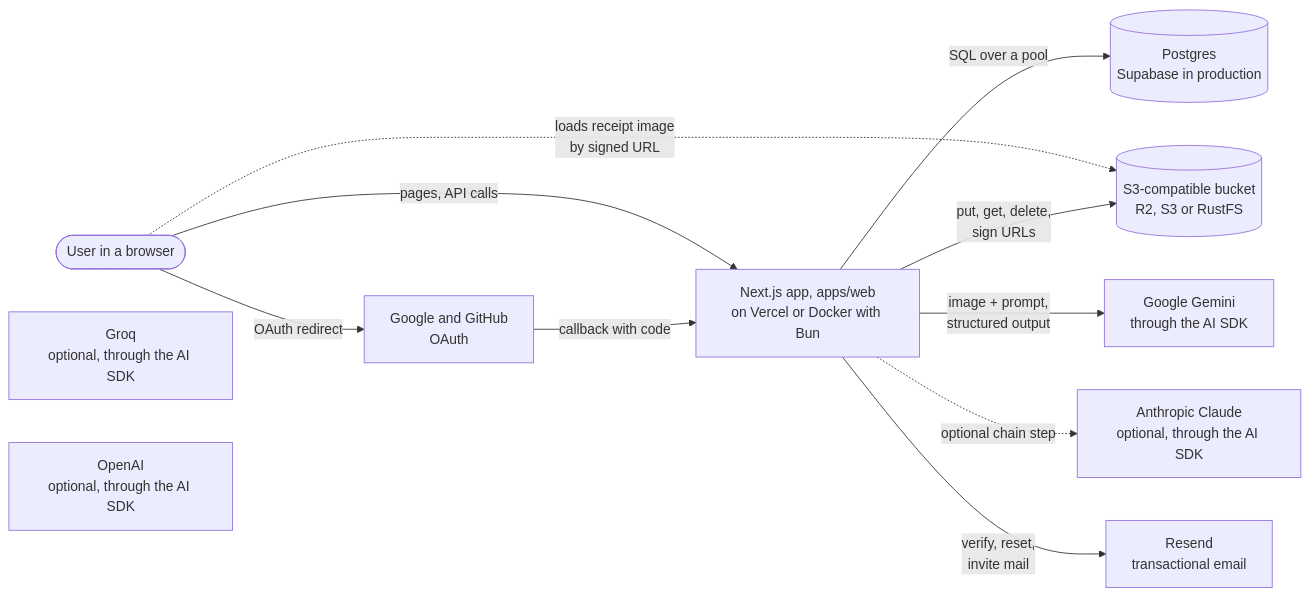
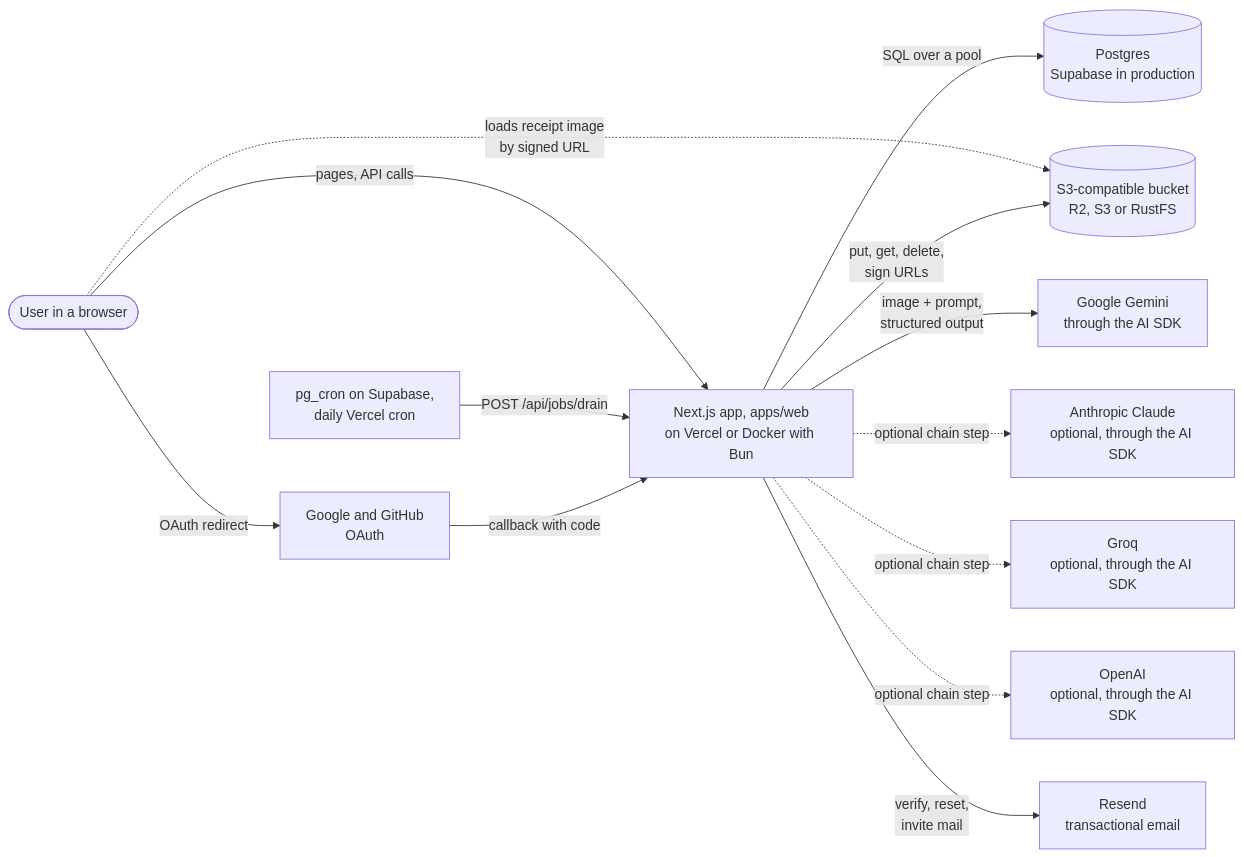
Before and after one commit to bhimrazy/receipt-ocr-app: the first of 2 diagrams in docs/architecture/README.md, drawn with Mermaid. The commit also changed other lines of this file and 5 other files, not shown here.

Commit message:
docs: sync STATUS and architecture with today's merges

````diff
--- a/docs/architecture/README.md
+++ b/docs/architecture/README.md
@@ -24,23 +25,27 @@
 ```mermaid
 flowchart LR
   user([User in a browser])
   web[Next.js app, apps/web<br/>on Vercel or Docker with Bun]
   pg[(Postgres<br/>Supabase in production)]
   s3[(S3-compatible bucket<br/>R2, S3 or RustFS)]
   gemini[Google Gemini<br/>through the AI SDK]
   claude[Anthropic Claude<br/>optional, through the AI SDK]
   groq[Groq<br/>optional, through the AI SDK]
   openai[OpenAI<br/>optional, through the AI SDK]
+  cron[pg_cron on Supabase,<br/>daily Vercel cron]
   resend[Resend<br/>transactional email]
   oauth[Google and GitHub<br/>OAuth]
 
   user -- "pages, API calls" --> web
   user -. "loads receipt image<br/>by signed URL" .-> s3
   web -- "SQL over a pool" --> pg
   web -- "put, get, delete,<br/>sign URLs" --> s3
   web -- "image + prompt,<br/>structured output" --> gemini
   web -. "optional chain step" .-> claude
+  web -. "optional chain step" .-> groq
+  web -. "optional chain step" .-> openai
+  cron -- "POST /api/jobs/drain" --> web
   web -- "verify, reset,<br/>invite mail" --> resend
   user -- "OAuth redirect" --> oauth
   oauth -- "callback with code" --> web
 ```
````
